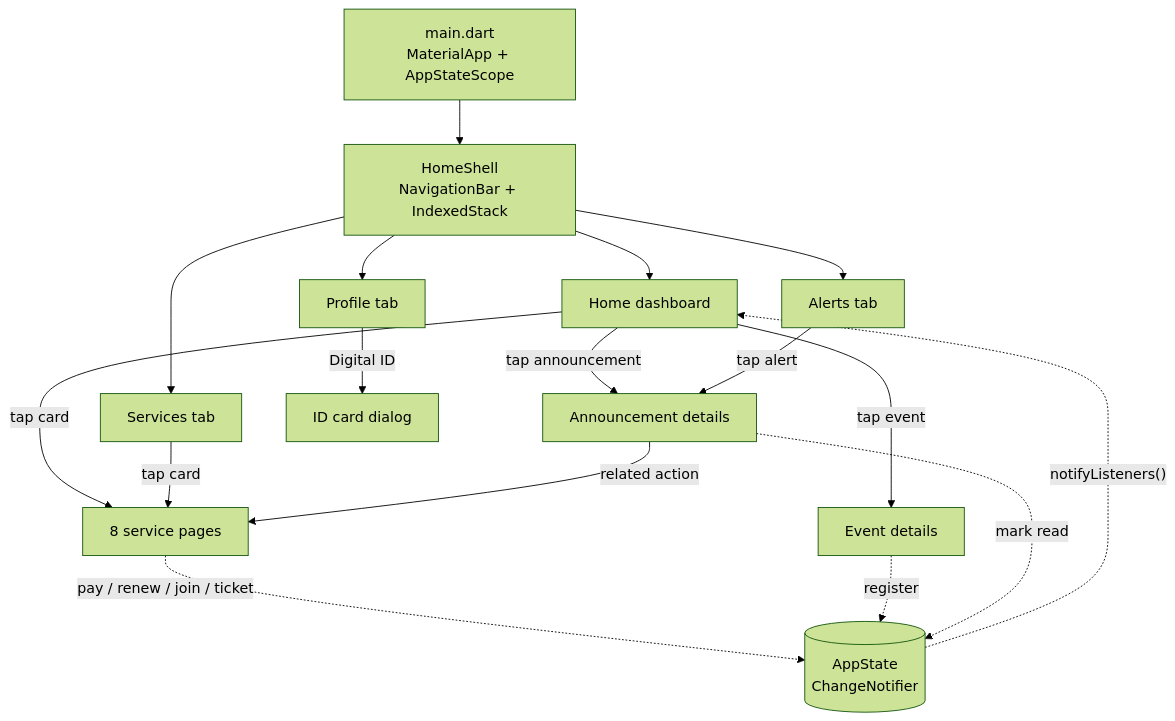
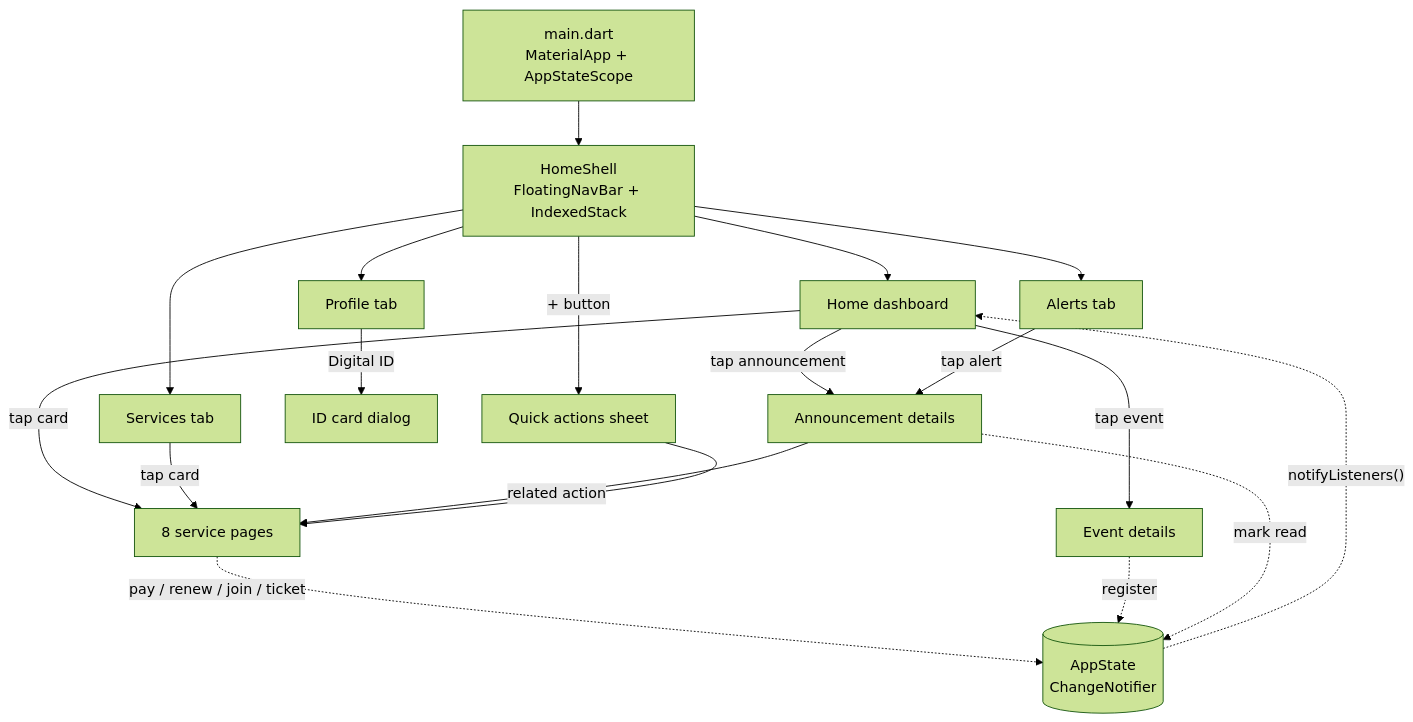
One commit to faahee/quadrangle-campus-app changed the diagram in README.md. Above: the diagram before and after it, drawn with Mermaid (forest theme). The commit also changed other lines of this file and 36 other files, not shown here.

First line of the commit message:
Responsive desktop layout, scroll animations and floating nav bar

````diff
--- a/README.md
+++ b/README.md
@@ -202,19 +242,21 @@
 ```mermaid
 flowchart TD
-    A["main.dart<br/>MaterialApp + AppStateScope"] --> B["HomeShell<br/>NavigationBar + IndexedStack"]
+    A["main.dart<br/>MaterialApp + AppStateScope"] --> B["HomeShell<br/>FloatingNavBar + IndexedStack"]
     B --> H["Home dashboard"]
     B --> S["Services tab"]
     B --> AL["Alerts tab"]
     B --> P["Profile tab"]
     H -- "tap card" --> SV["8 service pages"]
     S -- "tap card" --> SV
     H -- "tap announcement" --> AD["Announcement details"]
     AL -- "tap alert" --> AD
     AD -- "related action" --> SV
     H -- "tap event" --> ED["Event details"]
     P -- "Digital ID" --> ID["ID card dialog"]
+    B -- "+ button" --> QA["Quick actions sheet"]
+    QA --> SV
     SV -. "pay / renew / join / ticket" .-> ST[("AppState<br/>ChangeNotifier")]
     ED -. "register" .-> ST
     AD -. "mark read" .-> ST
     ST -. "notifyListeners()" .-> H
 ```
````
